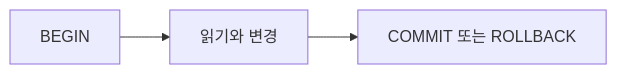
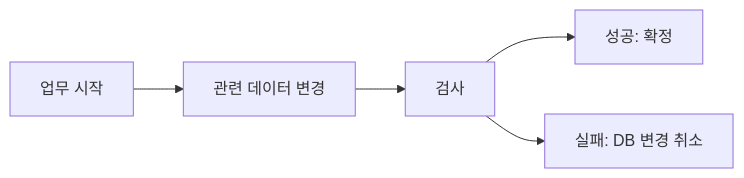
One commit to moocongpapa/it-study changed the diagram in content/topics/transactions-isolation.md. Above: the diagram before and after it, drawn with Mermaid. The commit also changed other lines of this file and 71 other files, not shown here.

````diff
--- a/content/topics/transactions-isolation.md
+++ b/content/topics/transactions-isolation.md
@@ -6,4 +20,6 @@
 ```mermaid
 flowchart LR
-  B["BEGIN"] --> W["읽기와 변경"] --> C["COMMIT 또는 ROLLBACK"]
+ A["업무 시작"] --> B["관련 데이터 변경"] --> C["검사"]
+ C --> D["성공: 확정"]
+ C --> E["실패: DB 변경 취소"]
 ```
````
